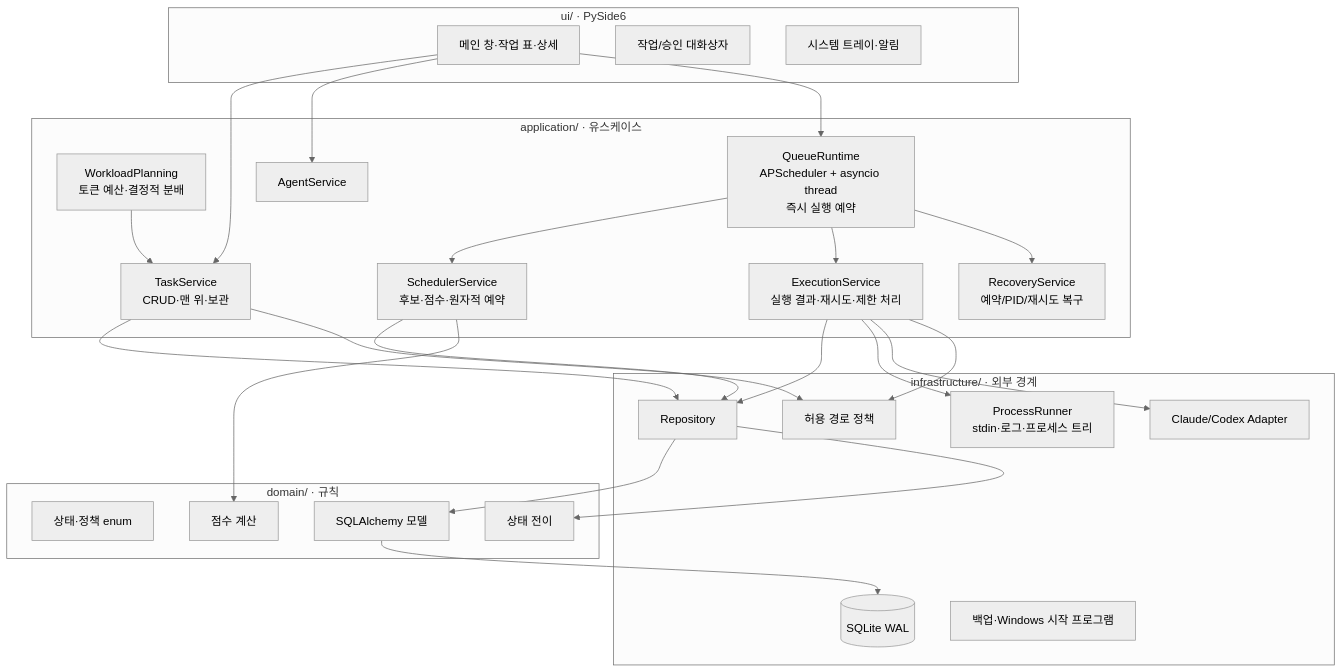
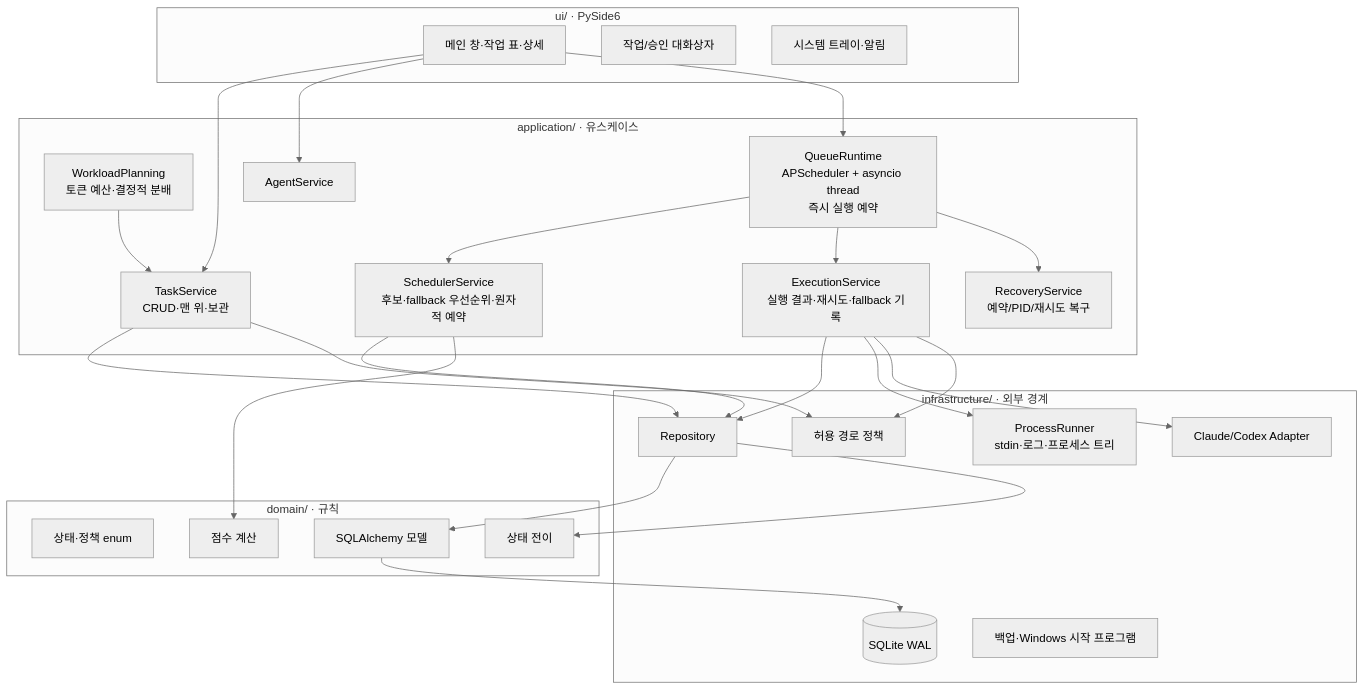
One commit to jasonwpgml/AQR changed the first of 4 diagrams in ai-queue-runner/docs/ARCHITECTURE.md. Above: the diagram before and after it, drawn with Mermaid (neutral theme). The commit also changed other lines of this file and 24 other files, not shown here.

````diff
--- a/ai-queue-runner/docs/ARCHITECTURE.md
+++ b/ai-queue-runner/docs/ARCHITECTURE.md
@@ -7,52 +7,52 @@
 ```mermaid
 flowchart TB
     subgraph UI["ui/ · PySide6"]
         MW[메인 창·작업 표·상세]
         DLG[작업/승인 대화상자]
         TRAY[시스템 트레이·알림]
     end
 
     subgraph APP["application/ · 유스케이스"]
         TASK[TaskService\nCRUD·맨 위·보관]
         PLAN[WorkloadPlanning\n토큰 예산·결정적 분배]
         AGENT[AgentService]
         RUNTIME[QueueRuntime\nAPScheduler + asyncio thread\n즉시 실행 예약]
-        SCHED[SchedulerService\n후보·점수·원자적 예약]
-        EXEC[ExecutionService\n실행 결과·재시도·제한 처리]
+        SCHED[SchedulerService\n후보·fallback 우선순위·원자적 예약]
+        EXEC[ExecutionService\n실행 결과·재시도·fallback 기록]
         RECOV[RecoveryService\n예약/PID/재시도 복구]
     end
 
     subgraph DOMAIN["domain/ · 규칙"]
         ENUM[상태·정책 enum]
         TRANS[상태 전이]
         SCORE[점수 계산]
         MODEL[SQLAlchemy 모델]
     end
 
     subgraph INFRA["infrastructure/ · 외부 경계"]
         REPO[Repository]
         DB[(SQLite WAL)]
         PROC[ProcessRunner\nstdin·로그·프로세스 트리]
         ADAPTER[Claude/Codex Adapter]
         POLICY[허용 경로 정책]
         OPS[백업·Windows 시작 프로그램]
     end
 
     MW --> TASK
     MW --> AGENT
     MW --> RUNTIME
     RUNTIME --> SCHED
     RUNTIME --> EXEC
     RUNTIME --> RECOV
     SCHED --> REPO
     SCHED --> SCORE
     EXEC --> REPO
     EXEC --> PROC
     EXEC --> ADAPTER
     EXEC --> POLICY
     TASK --> REPO
     PLAN --> TASK
     TASK --> POLICY
     REPO --> MODEL --> DB
     REPO --> TRANS
 ```
````
